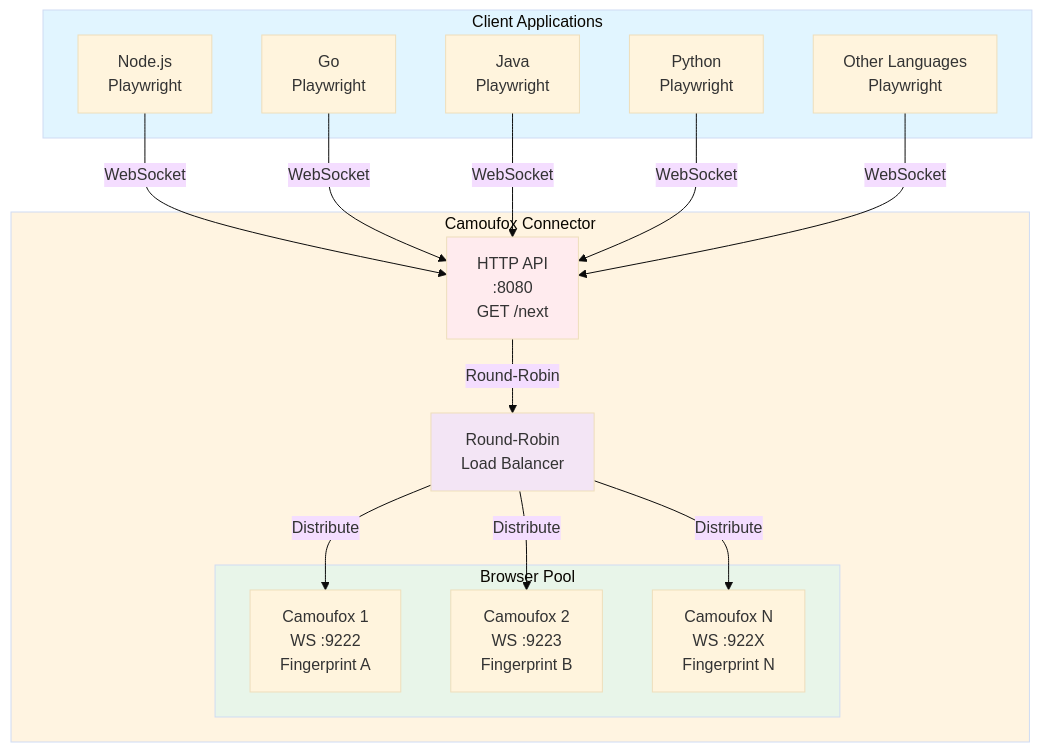
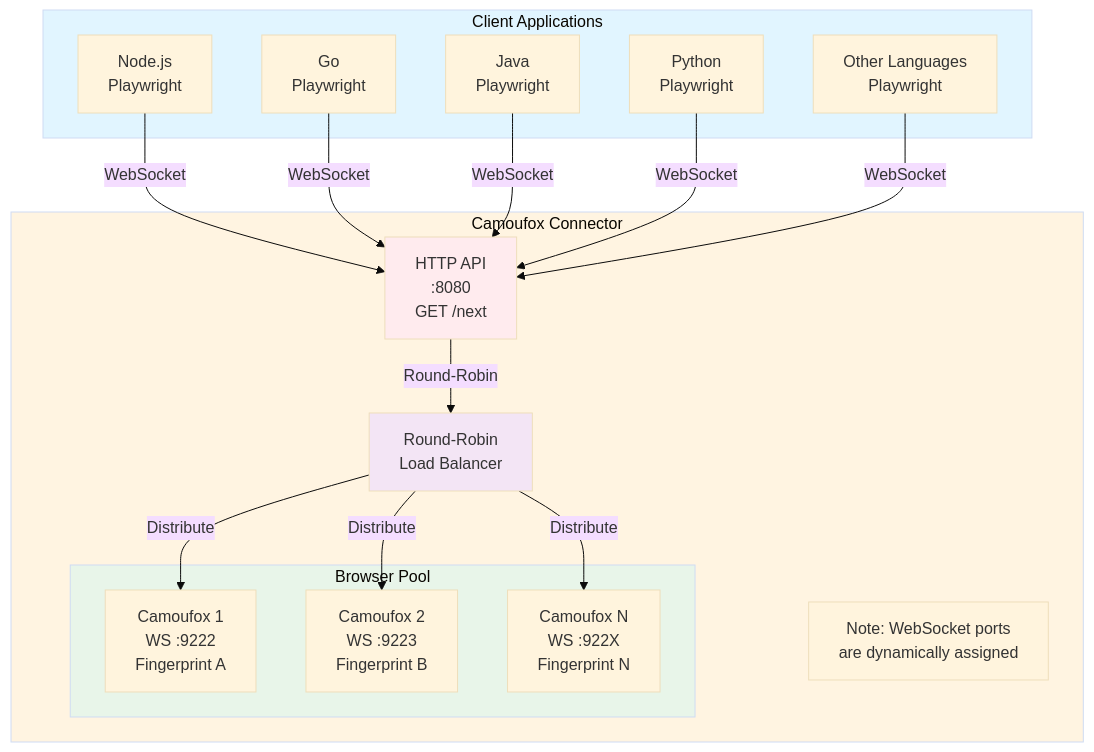
The diagram in README.md (pim97/camoufox-connector), drawn with Mermaid (base theme) before and after one commit. The commit also changed other lines of this file and 2 other files, not shown here.

````diff
--- a/README.md
+++ b/README.md
@@ -13,38 +13,39 @@
 ```mermaid
 flowchart TB
     subgraph clients["Client Applications"]
         NodeJS["Node.js<br/>Playwright"]
         Go["Go<br/>Playwright"]
         Java["Java<br/>Playwright"]
         Python["Python<br/>Playwright"]
         Other["Other Languages<br/>Playwright"]
     end
     
     subgraph connector["Camoufox Connector"]
         API["HTTP API<br/>:8080<br/>GET /next"]
         LB["Round-Robin<br/>Load Balancer"]
         
         subgraph pool["Browser Pool"]
             B1["Camoufox 1<br/>WS :9222<br/>Fingerprint A"]
             B2["Camoufox 2<br/>WS :9223<br/>Fingerprint B"]
             B3["Camoufox N<br/>WS :922X<br/>Fingerprint N"]
         end
+        note1["Note: WebSocket ports<br/>are dynamically assigned"]
     end
     
     NodeJS -->|"WebSocket"| API
     Go -->|"WebSocket"| API
     Java -->|"WebSocket"| API
     Python -->|"WebSocket"| API
     Other -->|"WebSocket"| API
     
     API -->|"Round-Robin"| LB
     LB -->|"Distribute"| B1
     LB -->|"Distribute"| B2
     LB -->|"Distribute"| B3
     
     style clients fill:#e1f5ff
     style connector fill:#fff4e1
     style pool fill:#e8f5e9
     style API fill:#ffebee
     style LB fill:#f3e5f5
 ```
````
